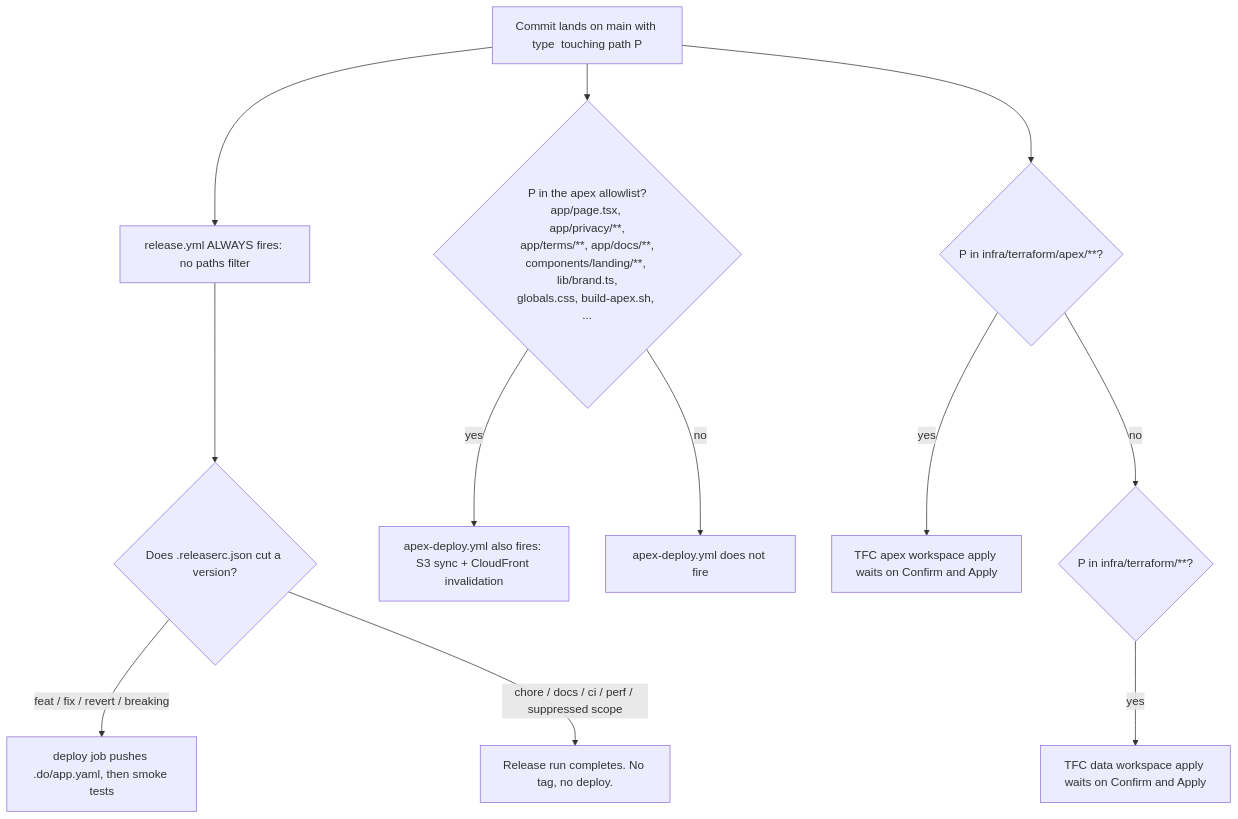
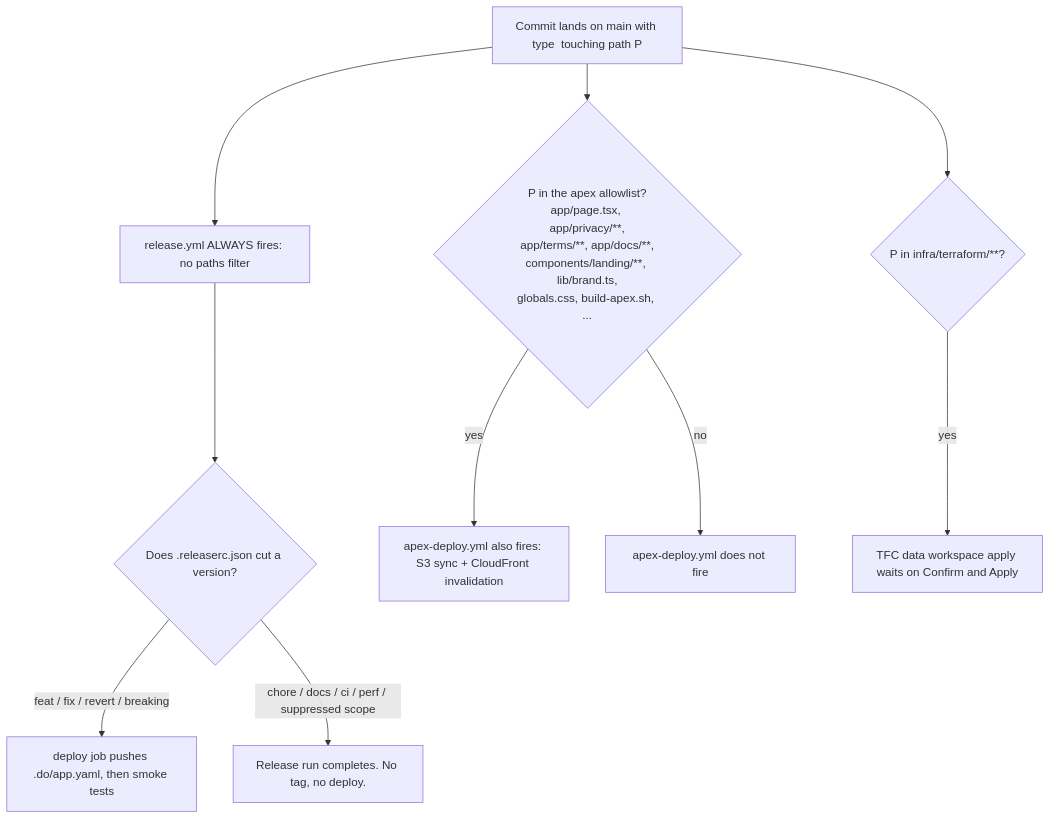
Before and after one commit to fjcloudaiconsulting/tbd: the eighth of 8 diagrams in docs/operations/DEPLOYMENT.md, drawn with Mermaid. The commit also changed other lines of this file and 31 other files, not shown here.

````diff
--- a/docs/operations/DEPLOYMENT.md
+++ b/docs/operations/DEPLOYMENT.md
@@ -767,17 +767,15 @@
 ```mermaid
 flowchart TD
   start[Commit lands on main with type <type> touching path P]
   start --> rel[release.yml ALWAYS fires: no paths filter]
   rel --> semrel{Does .releaserc.json cut a version?}
   semrel -- "feat / fix / revert / breaking" --> deploy[deploy job pushes .do/app.yaml, then smoke tests]
   semrel -- "chore / docs / ci / perf / suppressed scope" --> noship[Release run completes. No tag, no deploy.]
 
   start --> apexq{P in the apex allowlist?<br/>app/page.tsx, app/privacy/**,<br/>app/terms/**, app/docs/**,<br/>components/landing/**, lib/brand.ts,<br/>globals.css, build-apex.sh, ...}
   apexq -- yes --> apex[apex-deploy.yml also fires: S3 sync + CloudFront invalidation]
   apexq -- no --> apexno[apex-deploy.yml does not fire]
 
-  start --> tf1{P in infra/terraform/apex/**?}
-  tf1 -- yes --> tfapex[TFC apex workspace apply waits on Confirm and Apply]
-  tf1 -- no --> tf2{P in infra/terraform/**?}
+  start --> tf2{P in infra/terraform/**?}
   tf2 -- yes --> tfpfv[TFC data workspace apply waits on Confirm and Apply]
 ```
````
